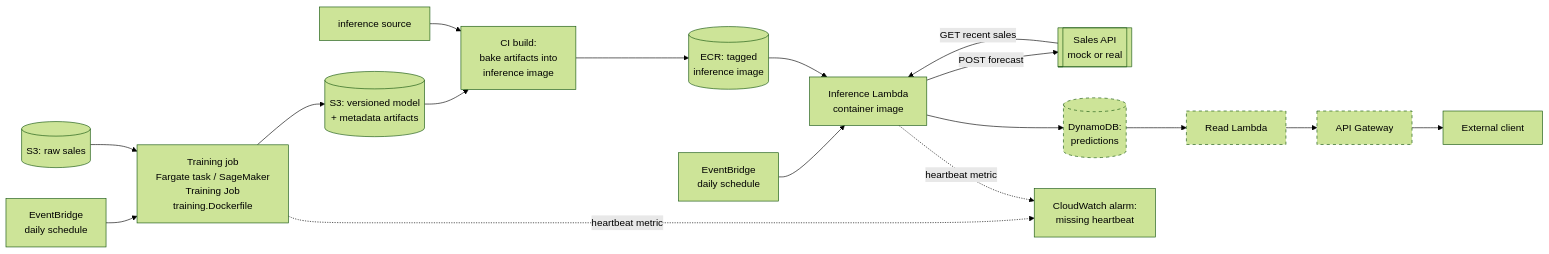
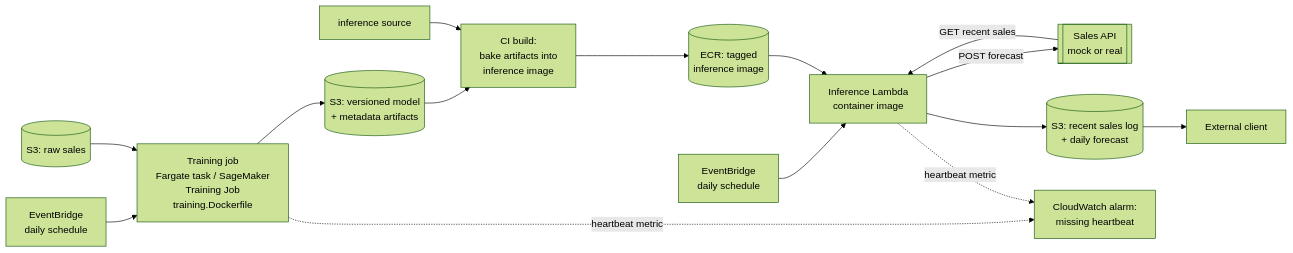
Before and after one commit to majalcmaj/ml-example-deployment: the diagram in docs/architecture.md, drawn with Mermaid (forest theme). The commit also changed other lines of this file and 7 other files, not shown here.

````diff
--- a/docs/architecture.md
+++ b/docs/architecture.md
@@ -17,23 +17,17 @@
 ```mermaid
 flowchart LR
     EB1[EventBridge<br/>daily schedule] --> TRAIN[Training job<br/>Fargate task / SageMaker<br/>Training Job<br/>training.Dockerfile]
     S3RAW[(S3: raw sales)] --> TRAIN
     TRAIN --> S3ART[(S3: versioned model<br/>+ metadata artifacts)]
     S3ART --> CI[CI build:<br/>bake artifacts into<br/>inference image]
     CODE[inference source] --> CI
     CI --> ECR[(ECR: tagged<br/>inference image)]
     EB2[EventBridge<br/>daily schedule] --> INF[Inference Lambda<br/>container image]
     ECR --> INF
     SALESAPI[[Sales API<br/>mock or real]] -->|GET recent sales| INF
     INF -->|POST forecast| SALESAPI
-    INF --> DDB[(DynamoDB:<br/>predictions)]
-    DDB --> READ[Read Lambda]
-    READ --> APIGW[API Gateway]
-    APIGW --> CLIENT[External client]
+    INF --> S3PRED[(S3: recent sales log<br/>+ daily forecast)]
+    S3PRED --> CLIENT[External client]
     TRAIN -.heartbeat metric.-> CW[CloudWatch alarm:<br/>missing heartbeat]
     INF -.heartbeat metric.-> CW
-
-    style APIGW stroke-dasharray: 5,5
-    style READ stroke-dasharray: 5,5
-    style DDB stroke-dasharray: 5,5
 ```
````
